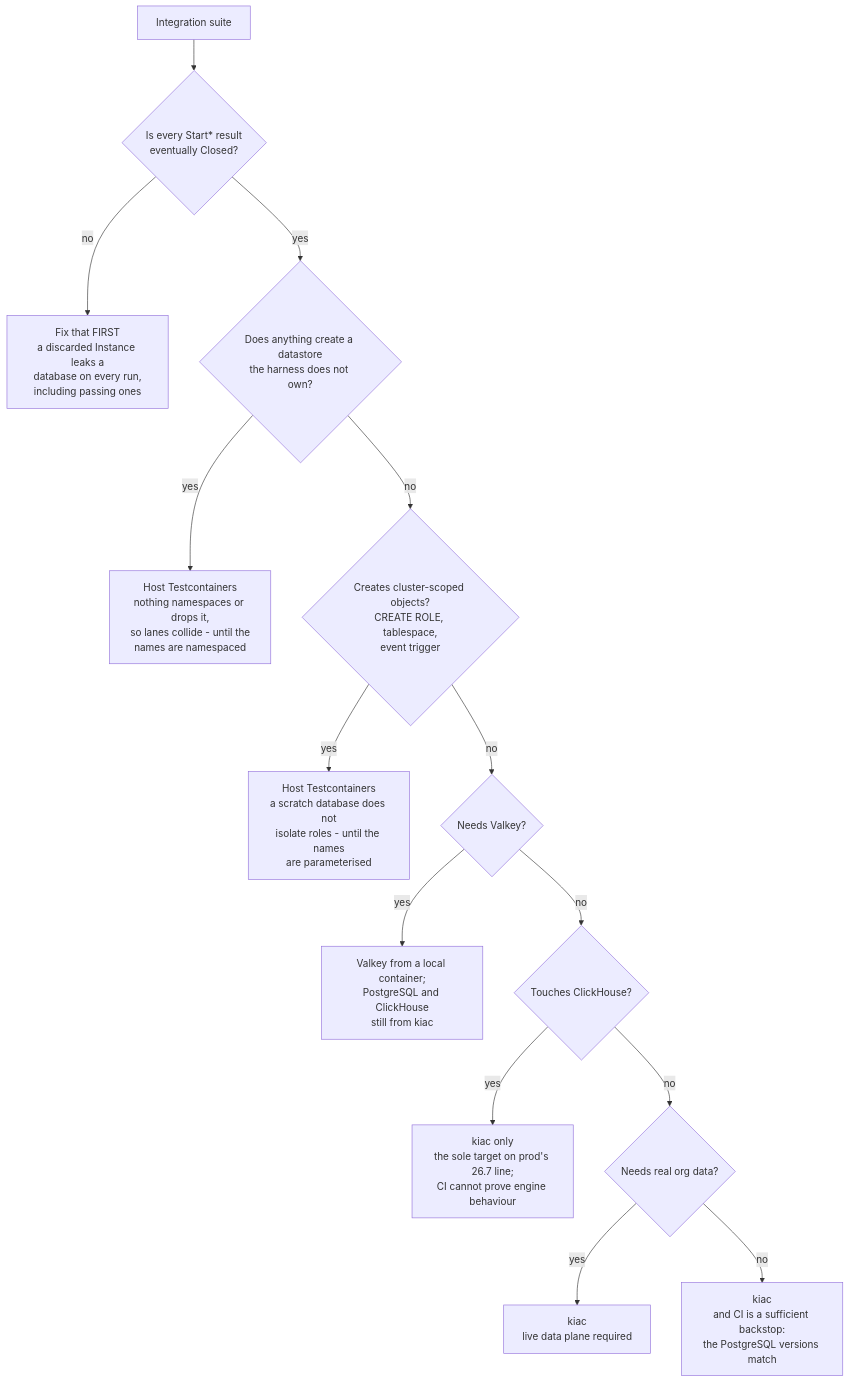
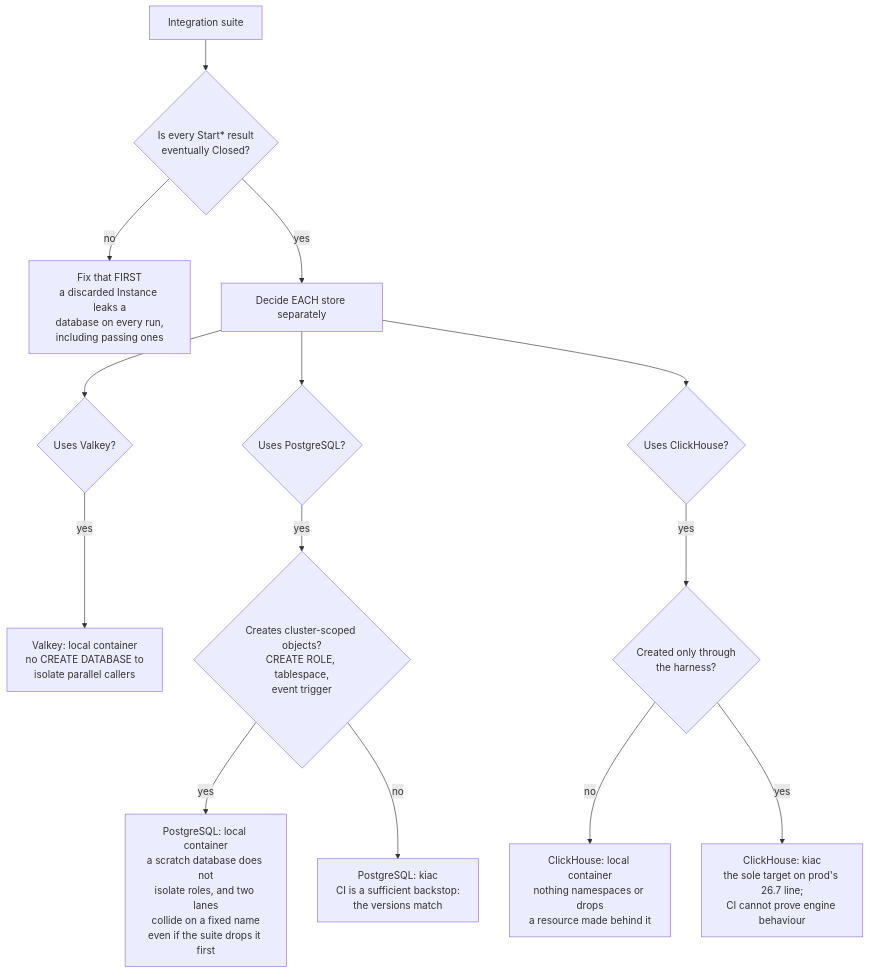
The diagram in docs/contribute/development/integration-suite-targets.md (full-chaos/dev-health-ops), drawn with Mermaid before and after one commit. The commit also changed other lines of this file, not shown here.

````diff
--- a/docs/contribute/development/integration-suite-targets.md
+++ b/docs/contribute/development/integration-suite-targets.md
@@ -76,16 +76,19 @@
 ```mermaid
 flowchart TD
     A[Integration suite] --> P{Is every Start* result<br/>eventually Closed?}
     P -- no --> PF[Fix that FIRST<br/>a discarded Instance leaks a<br/>database on every run,<br/>including passing ones]
-    P -- yes --> O{Does anything create a datastore<br/>the harness does not own?}
-    O -- yes --> OF[Host Testcontainers<br/>nothing namespaces or drops it,<br/>so lanes collide - until the<br/>names are namespaced]
-    O -- no --> B{Creates cluster-scoped objects?<br/>CREATE ROLE, tablespace,<br/>event trigger}
-    B -- yes --> C[Host Testcontainers<br/>a scratch database does not<br/>isolate roles - until the names<br/>are parameterised]
-    B -- no --> D{Needs Valkey?}
-    D -- yes --> E[Valkey from a local container;<br/>PostgreSQL and ClickHouse<br/>still from kiac]
-    D -- no --> F{Touches ClickHouse?}
-    F -- yes --> G[kiac only<br/>the sole target on prod's 26.7 line;<br/>CI cannot prove engine behaviour]
-    F -- no --> H{Needs real org data?}
-    H -- yes --> I[kiac<br/>live data plane required]
-    H -- no --> J[kiac<br/>and CI is a sufficient backstop:<br/>the PostgreSQL versions match]
+    P -- yes --> Q[Decide EACH store separately]
+
+    Q --> V{Uses Valkey?}
+    V -- yes --> V1[Valkey: local container<br/>no CREATE DATABASE to<br/>isolate parallel callers]
+
+    Q --> PGQ{Uses PostgreSQL?}
+    PGQ -- yes --> R{Creates cluster-scoped objects?<br/>CREATE ROLE, tablespace,<br/>event trigger}
+    R -- yes --> R1[PostgreSQL: local container<br/>a scratch database does not<br/>isolate roles, and two lanes<br/>collide on a fixed name<br/>even if the suite drops it first]
+    R -- no --> R2[PostgreSQL: kiac<br/>CI is a sufficient backstop:<br/>the versions match]
+
+    Q --> CHQ{Uses ClickHouse?}
+    CHQ -- yes --> O{Created only through<br/>the harness?}
+    O -- no --> O1[ClickHouse: local container<br/>nothing namespaces or drops<br/>a resource made behind it]
+    O -- yes --> O2[ClickHouse: kiac<br/>the sole target on prod's 26.7 line;<br/>CI cannot prove engine behaviour]
 ```
````
